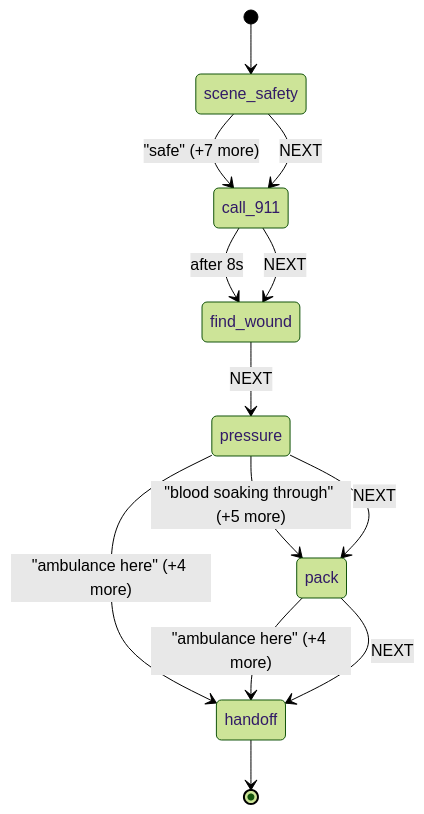
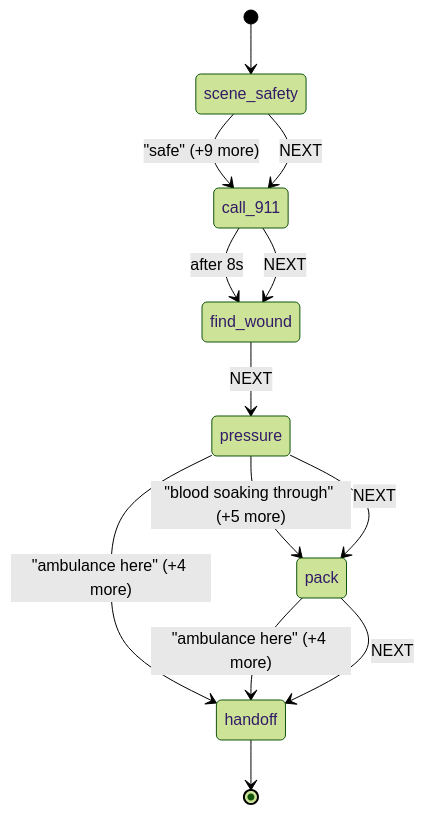
One commit to israelo19/mayday changed the third of 4 diagrams in docs/protocol-diagrams.md. Above: the diagram before and after it, drawn with Mermaid (forest theme). The commit also changed other lines of this file and 20 other files, not shown here.

````diff
--- a/docs/protocol-diagrams.md
+++ b/docs/protocol-diagrams.md
@@ -56,21 +56,21 @@
 ```mermaid
 stateDiagram-v2
     [*] --> bleeding_scene_safety
     bleeding_scene_safety: scene_safety
-    bleeding_scene_safety --> bleeding_call_911: "safe" (+7 more)
+    bleeding_scene_safety --> bleeding_call_911: "safe" (+9 more)
     bleeding_scene_safety --> bleeding_call_911: NEXT
     bleeding_call_911: call_911
     bleeding_call_911 --> bleeding_find_wound: after 8s
     bleeding_call_911 --> bleeding_find_wound: NEXT
     bleeding_find_wound: find_wound
     bleeding_find_wound --> bleeding_pressure: NEXT
     bleeding_pressure: pressure
     bleeding_pressure --> bleeding_pack: "blood soaking through" (+5 more)
     bleeding_pressure --> bleeding_handoff: "ambulance here" (+4 more)
     bleeding_pressure --> bleeding_pack: NEXT
     bleeding_pack: pack
     bleeding_pack --> bleeding_handoff: "ambulance here" (+4 more)
     bleeding_pack --> bleeding_handoff: NEXT
     bleeding_handoff: handoff
     bleeding_handoff --> [*]
 ```
````
